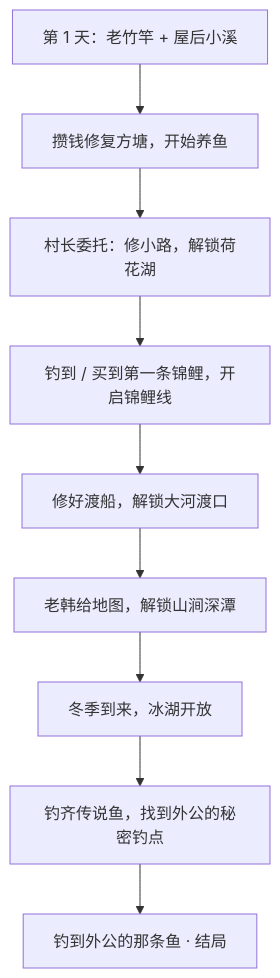
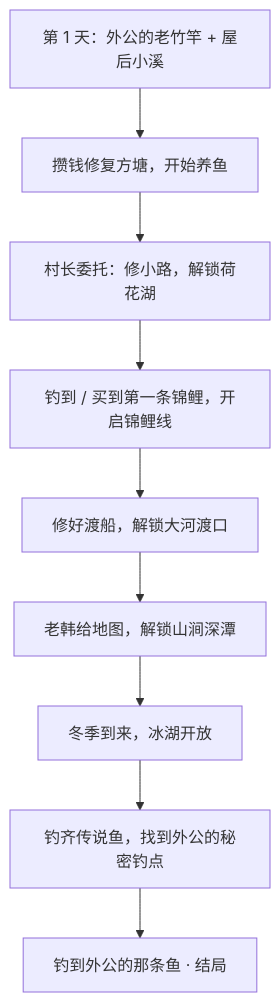
One commit to bocmiao/fishing changed the second of 2 diagrams in docs/game-design.md. Above: the diagram before and after it, drawn with Mermaid. The commit also changed other lines of this file and 4 other files, not shown here.

````diff
--- a/docs/game-design.md
+++ b/docs/game-design.md
@@ -322,11 +392,11 @@
 ```mermaid
 flowchart TD
-    S[第 1 天：老竹竿 + 屋后小溪] --> P[攒钱修复方塘，开始养鱼]
+    S[第 1 天：外公的老竹竿 + 屋后小溪] --> P[攒钱修复方塘，开始养鱼]
     P --> L[村长委托：修小路，解锁荷花湖]
     L --> K[钓到 / 买到第一条锦鲤，开启锦鲤线]
     K --> R[修好渡船，解锁大河渡口]
     R --> M[老韩给地图，解锁山涧深潭]
     M --> W[冬季到来，冰湖开放]
     W --> F[钓齐传说鱼，找到外公的秘密钓点]
     F --> E[钓到外公的那条鱼 · 结局]
 ```
````
